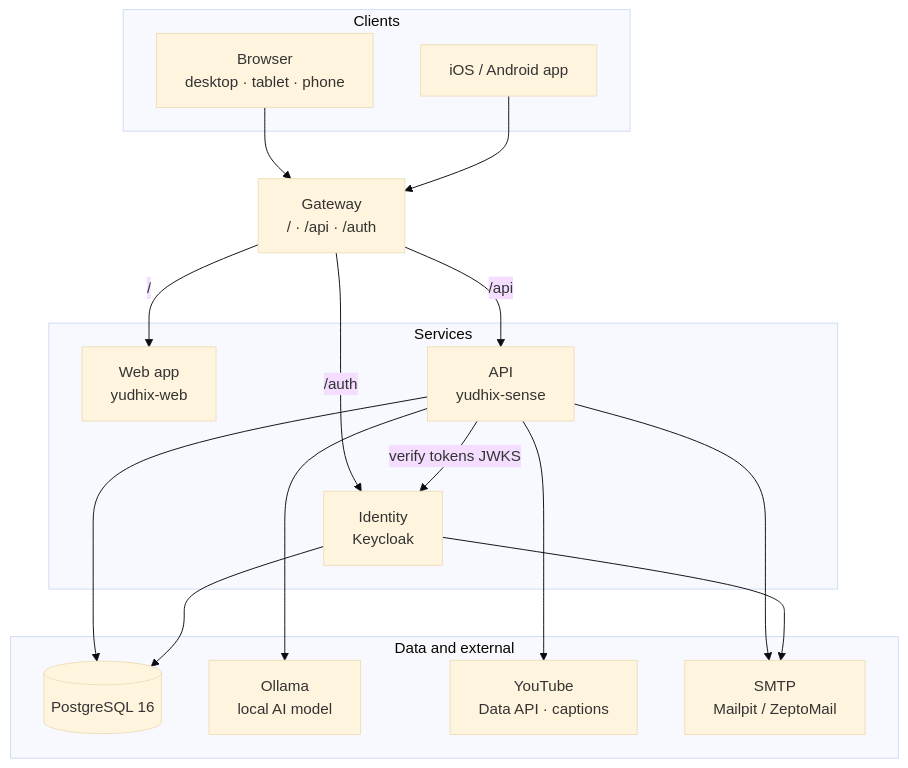
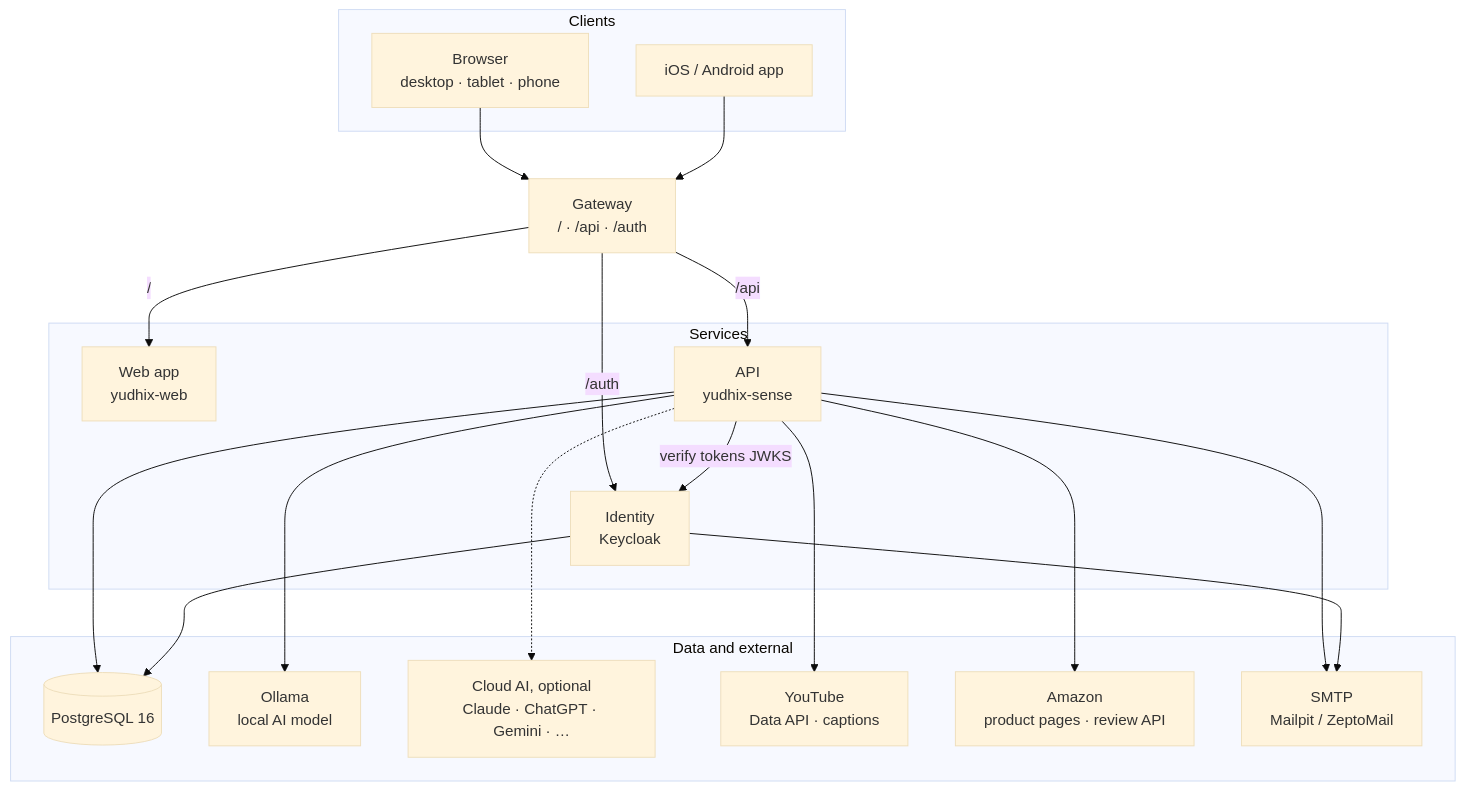
Before and after one commit to 83-TechWorld/yudhix: the fourth of 6 diagrams in README.md, drawn with Mermaid (base theme). The commit also changed other lines of this file, not shown here.

Commit message:
docs: README covers Amazon reviews, products across channels, AI providers, ideas, documents and recent fixes

````diff
--- a/README.md
+++ b/README.md
@@ -194,35 +233,39 @@
 ```mermaid
 flowchart TB
     subgraph Clients
         WEB[Browser<br/>desktop · tablet · phone]
         APP[iOS / Android app]
     end
 
     GW[Gateway<br/>/ · /api · /auth]
 
     subgraph Services
         UI[Web app<br/>yudhix-web]
         API[API<br/>yudhix-sense]
         KC[Identity<br/>Keycloak]
     end
 
     subgraph EXT ["Data and external"]
         DB[(PostgreSQL 16)]
         LLM[Ollama<br/>local AI model]
+        CLOUD[Cloud AI, optional<br/>Claude · ChatGPT · Gemini · …]
         YT[YouTube<br/>Data API · captions]
+        AMZ[Amazon<br/>product pages · review API]
         MAIL[SMTP<br/>Mailpit / ZeptoMail]
     end
 
     WEB --> GW
     APP --> GW
     GW -->|/| UI
     GW -->|/api| API
     GW -->|/auth| KC
     API -->|verify tokens JWKS| KC
     API --> DB
     KC --> DB
     API --> LLM
+    API -.-> CLOUD
     API --> YT
+    API --> AMZ
     API --> MAIL
     KC --> MAIL
 ```
````
